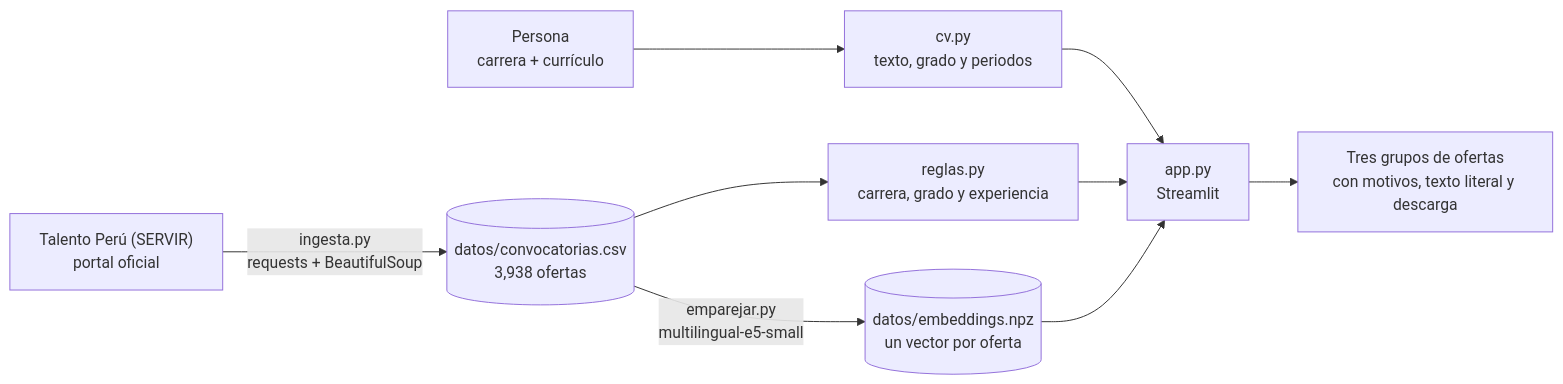
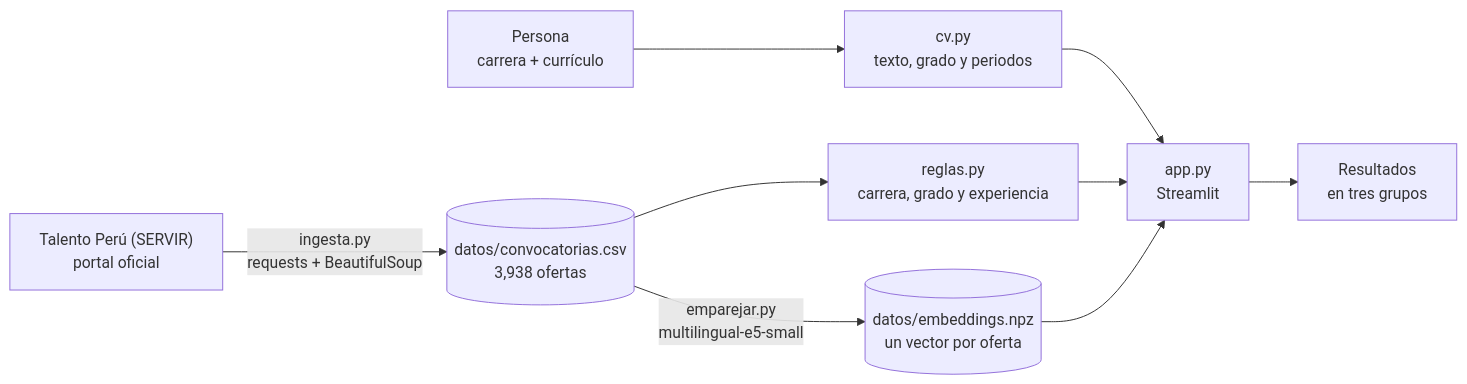
Before and after one commit to saffron29/euthetos: the diagram in README.md, drawn with Mermaid. The commit also changed other lines of this file, not shown here.

Commit message:
README: capturas a tamaño completo en «Cómo funciona» y diagrama más legible

````diff
--- a/README.md
+++ b/README.md
@@ -156,11 +163,11 @@
 ```mermaid
 flowchart LR
     TP["Talento Perú (SERVIR)<br/>portal oficial"] -->|"ingesta.py<br/>requests + BeautifulSoup"| CSV[("datos/convocatorias.csv<br/>3,938 ofertas")]
     CSV -->|"emparejar.py<br/>multilingual-e5-small"| VEC[("datos/embeddings.npz<br/>un vector por oferta")]
     P["Persona<br/>carrera + currículo"] --> CV["cv.py<br/>texto, grado y periodos"]
     CV --> APP["app.py<br/>Streamlit"]
     CSV --> REG["reglas.py<br/>carrera, grado y experiencia"]
     REG --> APP
     VEC --> APP
-    APP --> R["Tres grupos de ofertas<br/>con motivos, texto literal y descarga"]
+    APP --> R["Resultados<br/>en tres grupos"]
 ```
````
